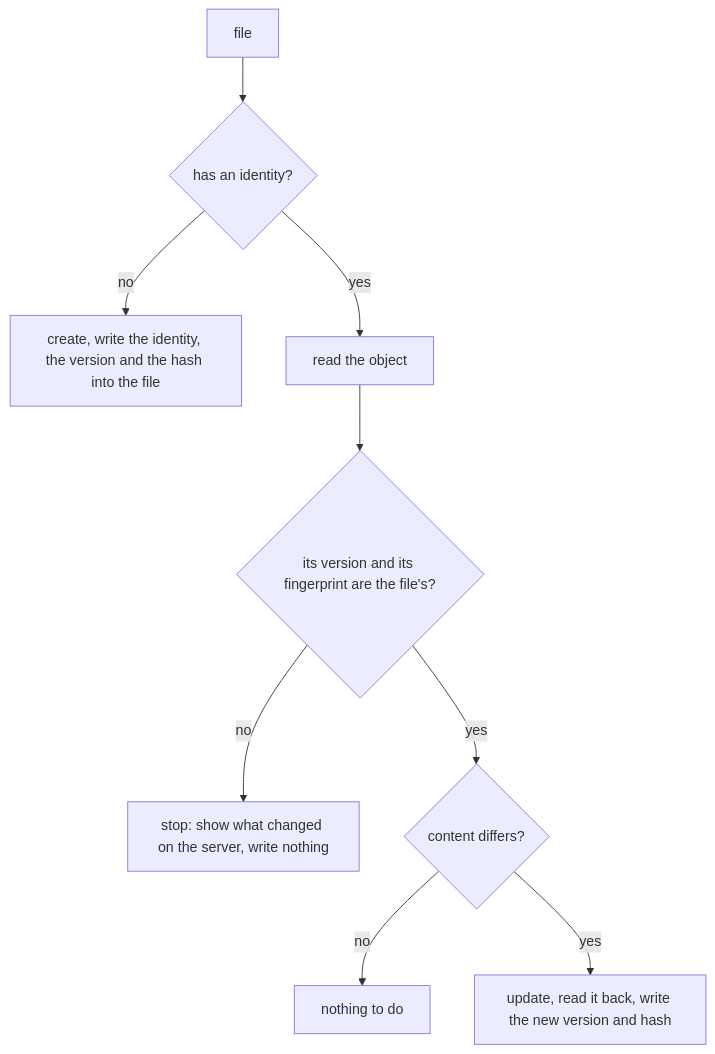
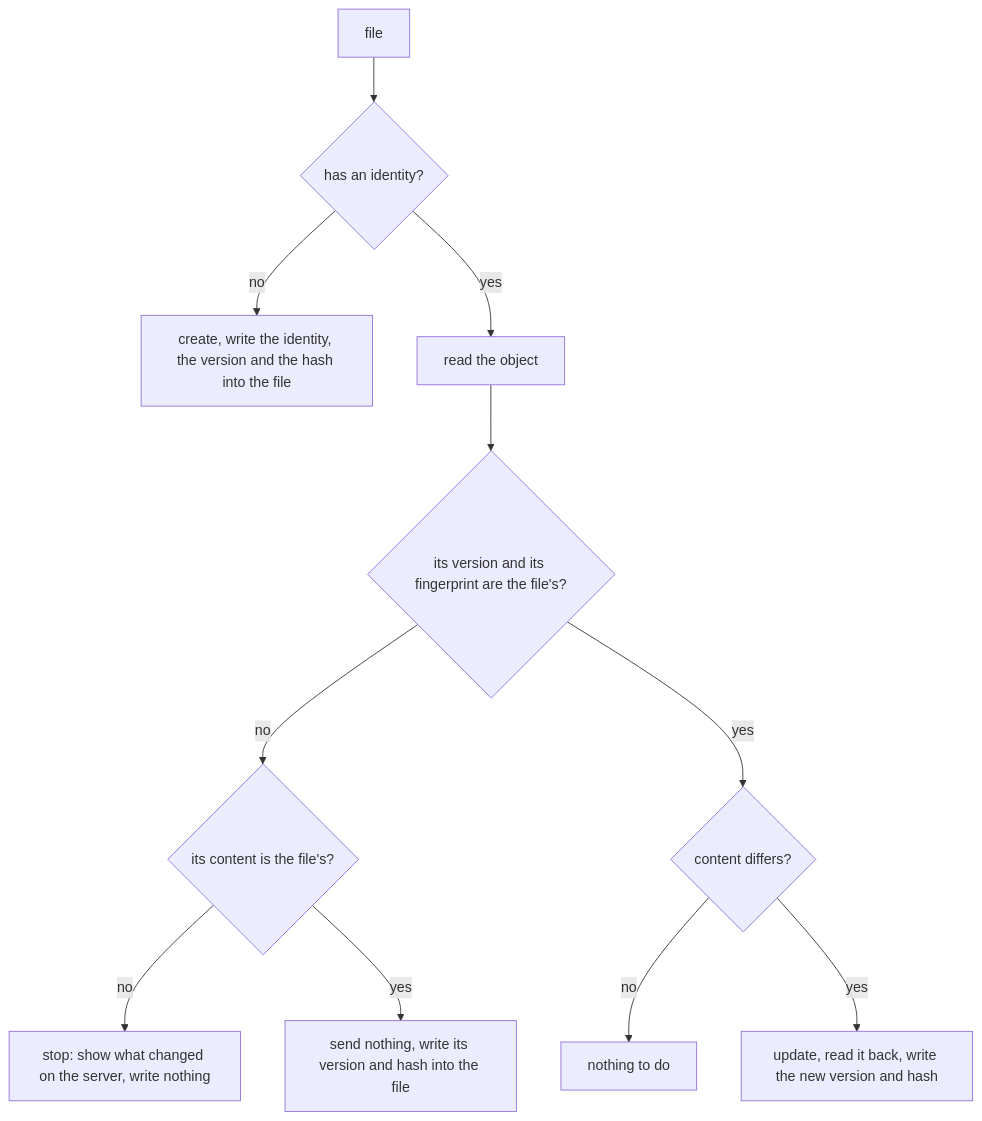
The diagram in docs/design/files-in-git.md (bim-ba/ycli), drawn with Mermaid before and after one commit. The commit also changed other lines of this file and 7 other files, not shown here.

First line of the commit message:
feat(sync): count a new version with the file's content as unchanged

````diff
--- a/docs/design/files-in-git.md
+++ b/docs/design/files-in-git.md
@@ -317,11 +326,13 @@
 ```mermaid
 flowchart TD
     F[file] --> L{has an identity?}
     L -- no --> C[create, write the identity, the version and the hash into the file]
     L -- yes --> R[read the object]
     R --> V{its version and its fingerprint are the file's?}
-    V -- no --> S[stop: show what changed on the server, write nothing]
+    V -- no --> E{its content is the file's?}
+    E -- no --> S[stop: show what changed on the server, write nothing]
+    E -- yes --> W[send nothing, write its version and hash into the file]
     V -- yes --> D{content differs?}
     D -- no --> N[nothing to do]
     D -- yes --> U[update, read it back, write the new version and hash]
 ```
````
